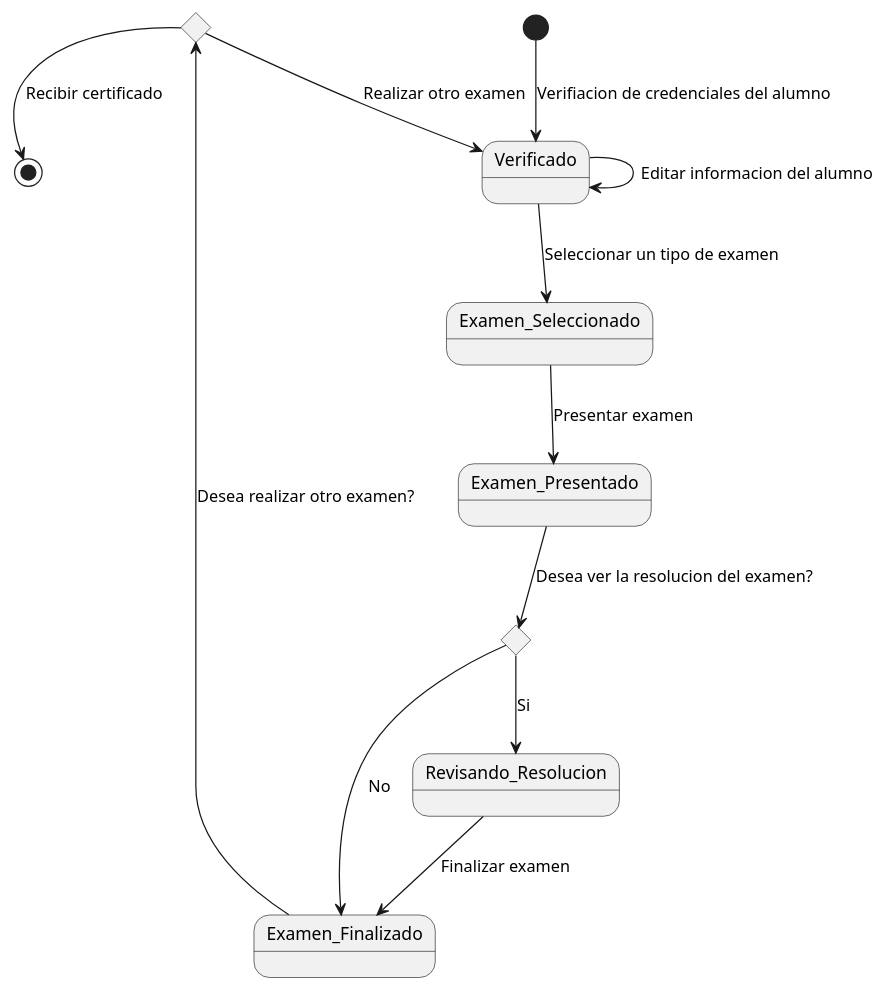
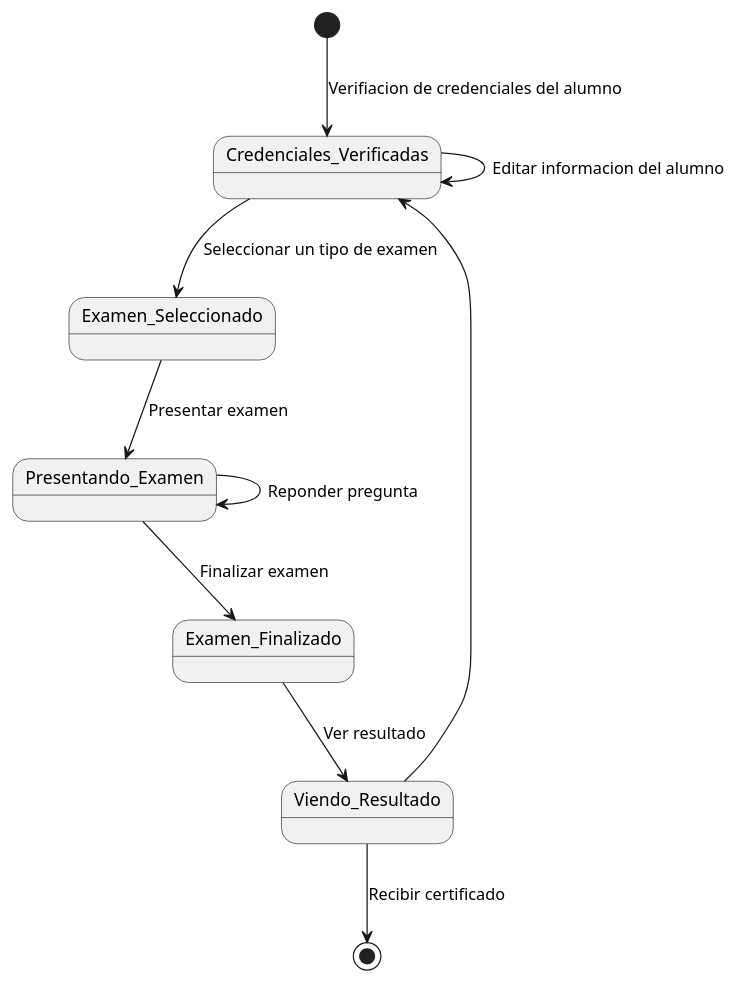
The diagram in docs/scenariosView/DiagramaEstadoAlumno.plantuml (Carverz/IS-022023_Proyecto-Grupo-4), drawn with PlantUML before and after one commit. The commit also changed 1 other file, not shown here.

Commit message:
Modificacion diagrama de estado Admin y Usuario

```diff
--- a/docs/scenariosView/DiagramaEstadoAlumno.plantuml
+++ b/docs/scenariosView/DiagramaEstadoAlumno.plantuml
@@ -1,19 +1,15 @@
 @startuml
 
 skinparam Style strictuml
 
-state choice1 <<choice>>
-state choice2 <<choice>>
-[*] --> Verificado: Verifiacion de credenciales del alumno
-Verificado--> Verificado: Editar informacion del alumno
-Verificado --> Examen_Seleccionado: Seleccionar un tipo de examen
-Examen_Seleccionado--> Examen_Presentado: Presentar examen
-Examen_Presentado --> choice2: Desea ver la resolucion del examen?
-choice2 --> Revisando_Resolucion: Si
-Revisando_Resolucion --> Examen_Finalizado: Finalizar examen
-choice2--> Examen_Finalizado: No
-Examen_Finalizado--> choice1: Desea realizar otro examen?
-choice1 --> Verificado: Realizar otro examen
-choice1-->[*]: Recibir certificado
+[*] --> Credenciales_Verificadas: Verifiacion de credenciales del alumno
+Credenciales_Verificadas--> Credenciales_Verificadas: Editar informacion del alumno
+Credenciales_Verificadas --> Examen_Seleccionado: Seleccionar un tipo de examen
+Examen_Seleccionado--> Presentando_Examen: Presentar examen
+Presentando_Examen --> Presentando_Examen: Reponder pregunta
+Presentando_Examen --> Examen_Finalizado: Finalizar examen
+Examen_Finalizado --> Viendo_Resultado: Ver resultado
+Viendo_Resultado --> Credenciales_Verificadas
+Viendo_Resultado --> [*]: Recibir certificado
 
 @enduml
```
